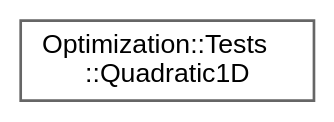
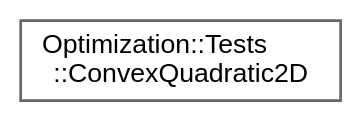
Before and after one commit to jswoo0615/Algorithms_for_Optimization_cpp: the diagram in inherit_graph_28.dot, drawn with Graphviz. The commit also changed 27 other files, not shown here.

```diff
--- a/inherit_graph_28.dot
+++ b/inherit_graph_28.dot
@@ -1,9 +1,9 @@
 digraph "Graphical Class Hierarchy"
 {
  // LATEX_PDF_SIZE
   bgcolor="transparent";
   edge [fontname=Helvetica,fontsize=10,labelfontname=Helvetica,labelfontsize=10];
   node [fontname=Helvetica,fontsize=10,shape=box,height=0.2,width=0.4];
   rankdir="LR";
-  Node0 [id="Node000000",label="Optimization::Tests\l::Quadratic1D",height=0.2,width=0.4,color="grey40", fillcolor="white", style="filled",URL="$structOptimization_1_1Tests_1_1Quadratic1D.html",tooltip="1차원 2차 함수 (Quadratic Function) f(x) = (x - 3.0)^2 전역 최적점: x* = 3.0, f(x*) = 0.0"];
+  Node0 [id="Node000000",label="Optimization::Tests\l::ConvexQuadratic2D",height=0.2,width=0.4,color="grey40", fillcolor="white", style="filled",URL="$structOptimization_1_1Tests_1_1ConvexQuadratic2D.html",tooltip=" "];
 }
```
